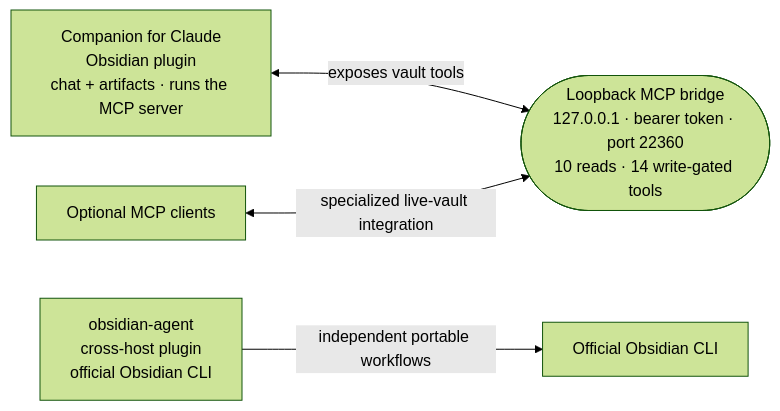
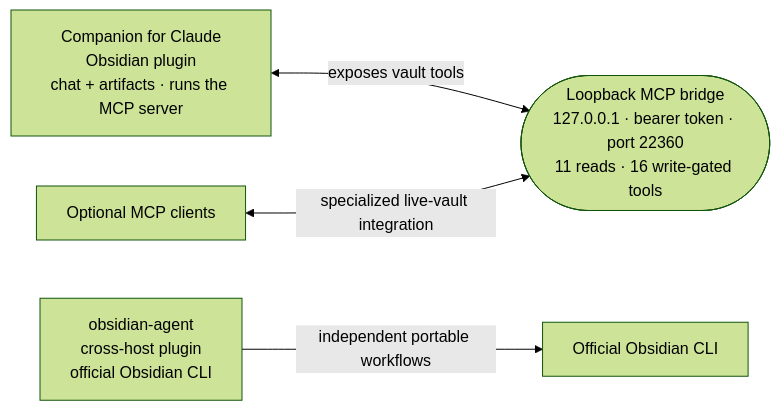
Before and after one commit to cavi-ai/claude-obsidian: the diagram in README.md, drawn with Mermaid (forest theme). The commit also changed other lines of this file and 21 other files, not shown here.

````diff
--- a/README.md
+++ b/README.md
@@ -133,11 +142,11 @@
 ```mermaid
 flowchart LR
     companion["Companion for Claude<br/>Obsidian plugin<br/>chat + artifacts · runs the MCP server"]
-    bridge(["Loopback MCP bridge<br/>127.0.0.1 · bearer token · port 22360<br/>10 reads · 14 write-gated tools"])
+    bridge(["Loopback MCP bridge<br/>127.0.0.1 · bearer token · port 22360<br/>11 reads · 16 write-gated tools"])
     agent["obsidian-agent<br/>cross-host plugin<br/>official Obsidian CLI"]
     client["Optional MCP clients"]
 
     companion <-->|"exposes vault tools"| bridge
     client <-->|"specialized live-vault integration"| bridge
     agent -->|"independent portable workflows"| cli["Official Obsidian CLI"]
 ```
````
